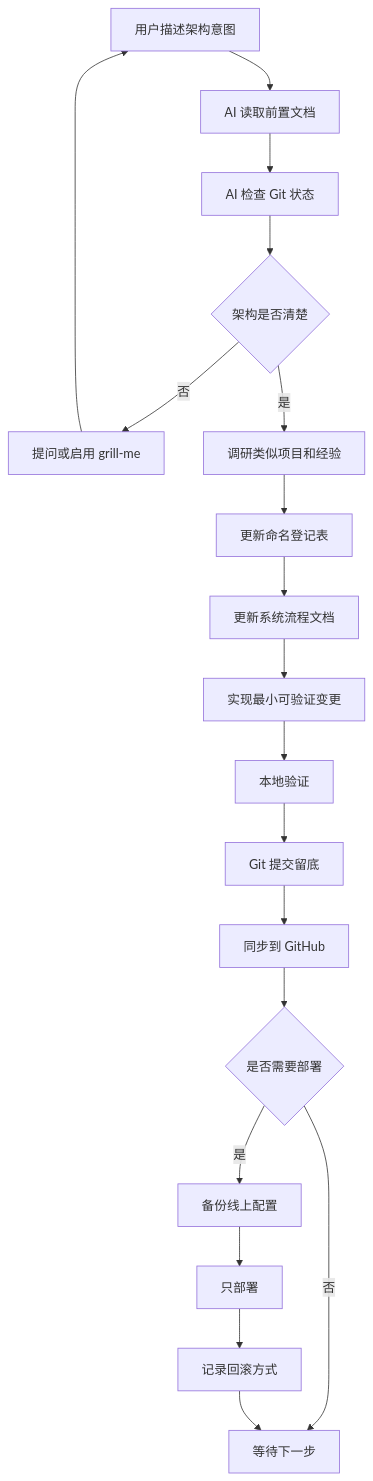
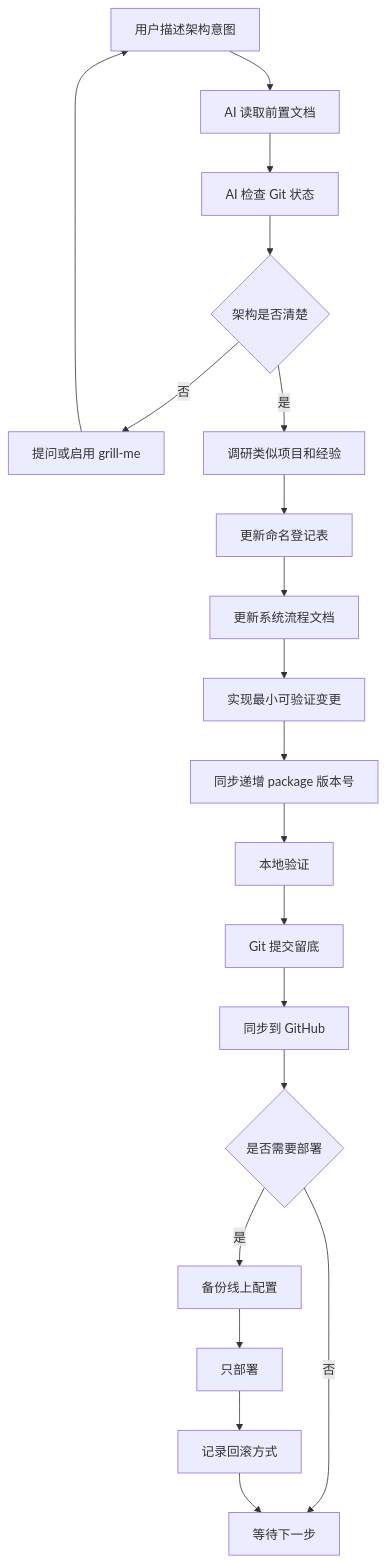
Before and after one commit to ttmanthatman/virtual-human-flow: the first of 31 diagrams in docs/SYSTEM_FLOW.md, drawn with Mermaid. The commit also changed other lines of this file and 7 other files, not shown here.

````diff
--- a/docs/SYSTEM_FLOW.md
+++ b/docs/SYSTEM_FLOW.md
@@ -41,21 +41,22 @@
 ```mermaid
 flowchart TD
     A[用户描述架构意图] --> B[AI 读取前置文档]
     B --> C[AI 检查 Git 状态]
     C --> D{架构是否清楚}
     D -- 否 --> E[提问或启用 grill-me]
     E --> A
     D -- 是 --> F[调研类似项目和经验]
     F --> G[更新命名登记表]
     G --> H[更新系统流程文档]
     H --> I[实现最小可验证变更]
-    I --> J[本地验证]
+    I --> V[同步递增 package 版本号]
+    V --> J[本地验证]
     J --> K[Git 提交留底]
     K --> L[同步到 GitHub]
     L --> M{是否需要部署}
     M -- 是 --> N[备份线上配置]
     N --> O[只部署 <production-domain>]
     O --> P[记录回滚方式]
     M -- 否 --> Q[等待下一步]
     P --> Q
 ```
````
